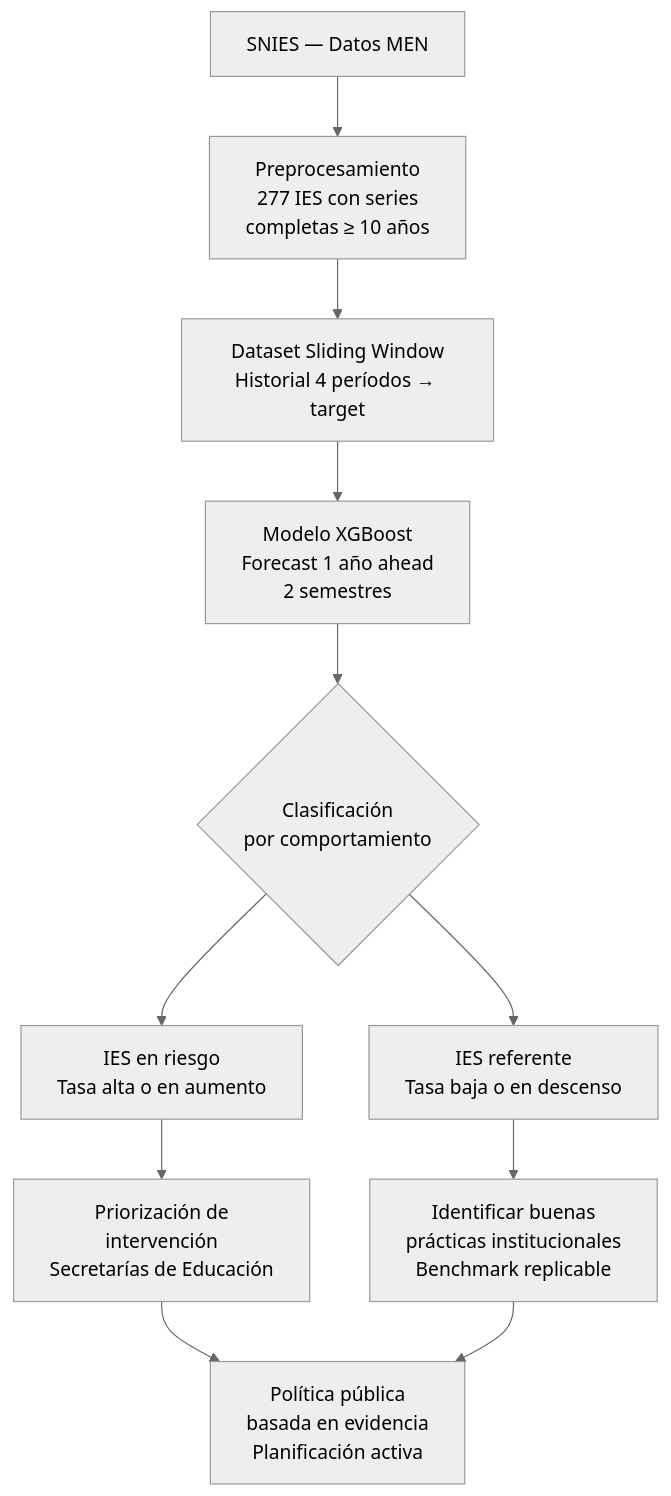
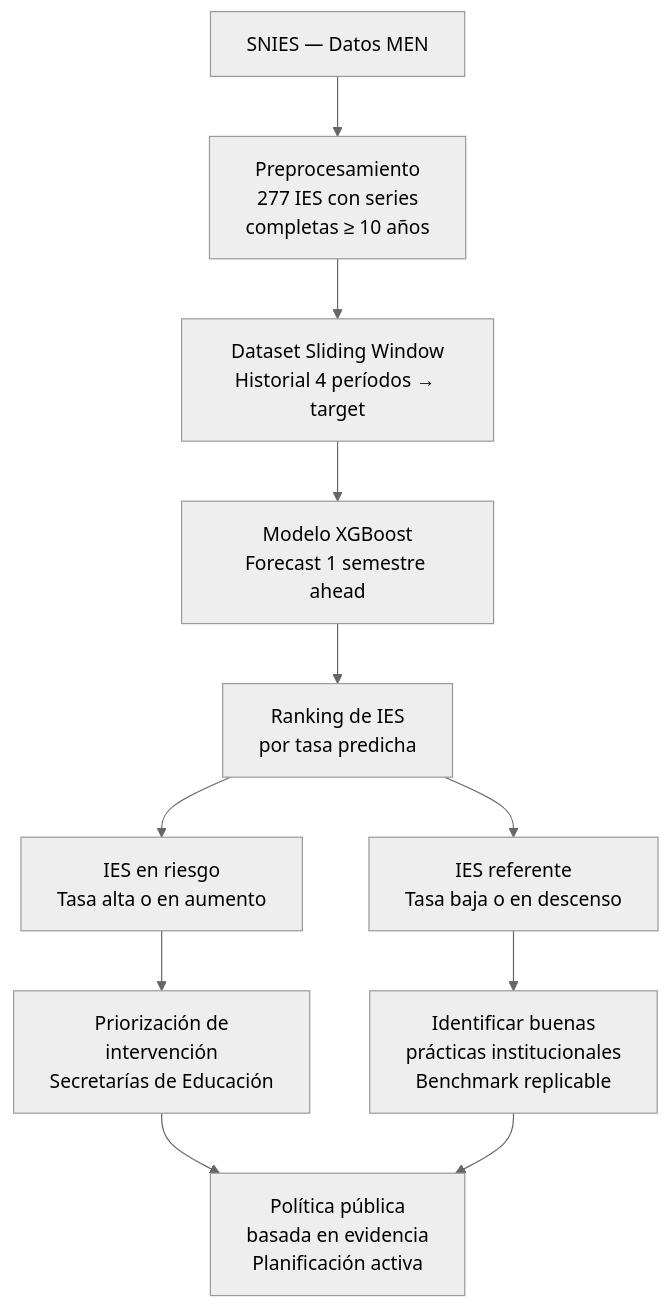
One commit to jonathanpo7/datos_ecosistema_2026 changed the diagram in README.md. Above: the diagram before and after it, drawn with Mermaid (neutral theme). The commit also changed other lines of this file, not shown here.

````diff
--- a/README.md
+++ b/README.md
@@ -11,17 +11,17 @@
 ```mermaid
 flowchart TD
     A[SNIES — Datos MEN] --> B[Preprocesamiento\n277 IES con series\ncompletas ≥ 10 años]
     B --> C[Dataset Sliding Window\nHistorial 4 períodos → target]
-    C --> D[Modelo XGBoost\nForecast 1 año ahead\n2 semestres]
+    C --> D[Modelo XGBoost\nForecast 1 semestre ahead]
 
-    D --> E{Clasificación\npor comportamiento}
+    D --> E[Ranking de IES\npor tasa predicha]
 
     E --> F[IES en riesgo\nTasa alta o en aumento]
     E --> G[IES referente\nTasa baja o en descenso]
 
     F --> H[Priorización de\nintervención\nSecretarías de Educación]
     G --> I[Identificar buenas\nprácticas institucionales\nBenchmark replicable]
 
     H --> J[Política pública\nbasada en evidencia\nPlanificación activa]
     I --> J
 ```
````
